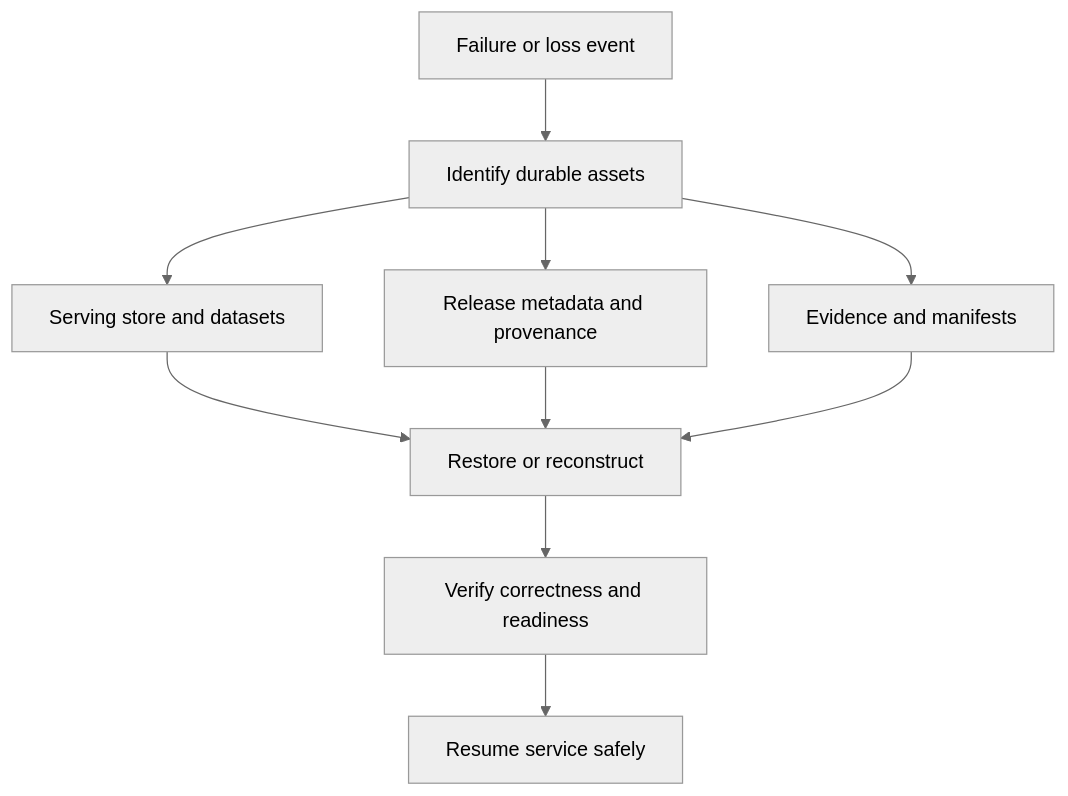
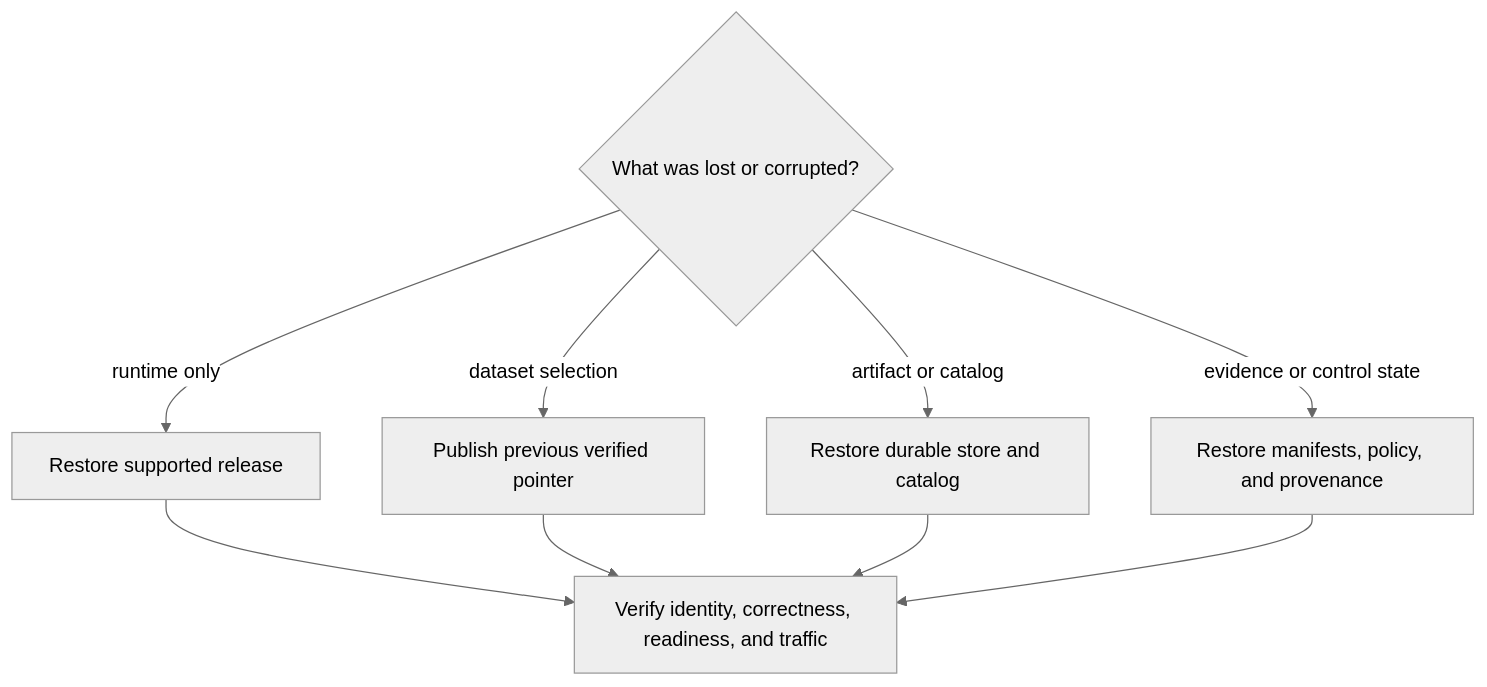
One commit to bijux/bijux-atlas changed the diagram in docs/bijux-atlas-ops/release/backup-and-recovery.md. Above: the diagram before and after it, drawn with Mermaid (neutral theme). The commit also changed other lines of this file and 2 other files, not shown here.

Commit message:
docs(recovery): separate rollback from durable restoration

````diff
--- a/docs/bijux-atlas-ops/release/backup-and-recovery.md
+++ b/docs/bijux-atlas-ops/release/backup-and-recovery.md
@@ -14,12 +19,12 @@
 ```mermaid
 flowchart TD
-    Loss[Failure or loss event] --> Durable[Identify durable assets]
-    Durable --> Store[Serving store and datasets]
-    Durable --> Release[Release metadata and provenance]
-    Durable --> Evidence[Evidence and manifests]
-    Store --> Restore[Restore or reconstruct]
-    Release --> Restore
-    Evidence --> Restore
-    Restore --> Verify[Verify correctness and readiness]
-    Verify --> Resume[Resume service safely]
+    Incident{"What was lost or corrupted?"}
+    Incident -->|runtime only| Runtime["Restore supported release"]
+    Incident -->|dataset selection| Pointer["Publish previous verified pointer"]
+    Incident -->|artifact or catalog| Store["Restore durable store and catalog"]
+    Incident -->|evidence or control state| Control["Restore manifests, policy, and provenance"]
+    Runtime --> Verify["Verify identity, correctness, readiness, and traffic"]
+    Pointer --> Verify
+    Store --> Verify
+    Control --> Verify
 ```
````
